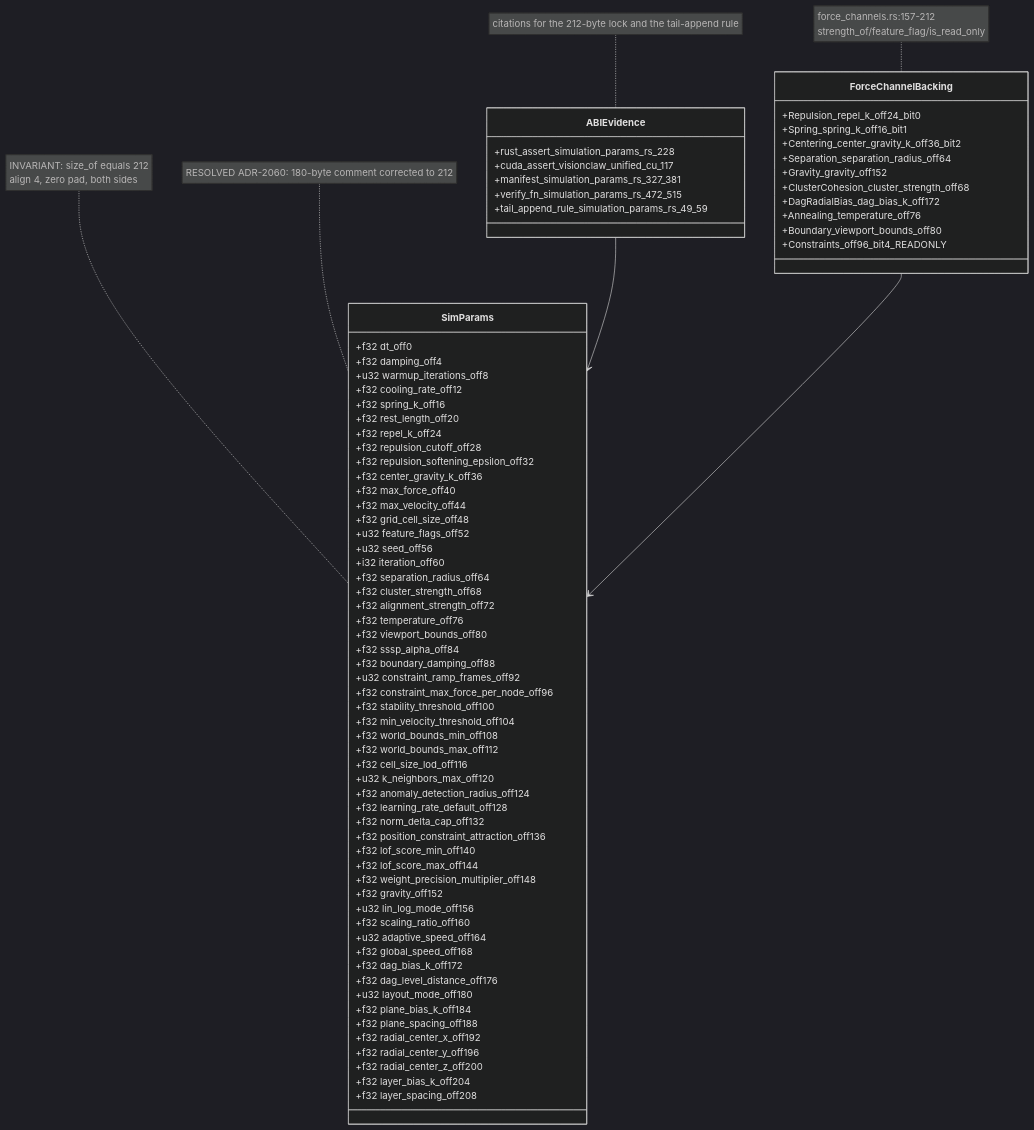
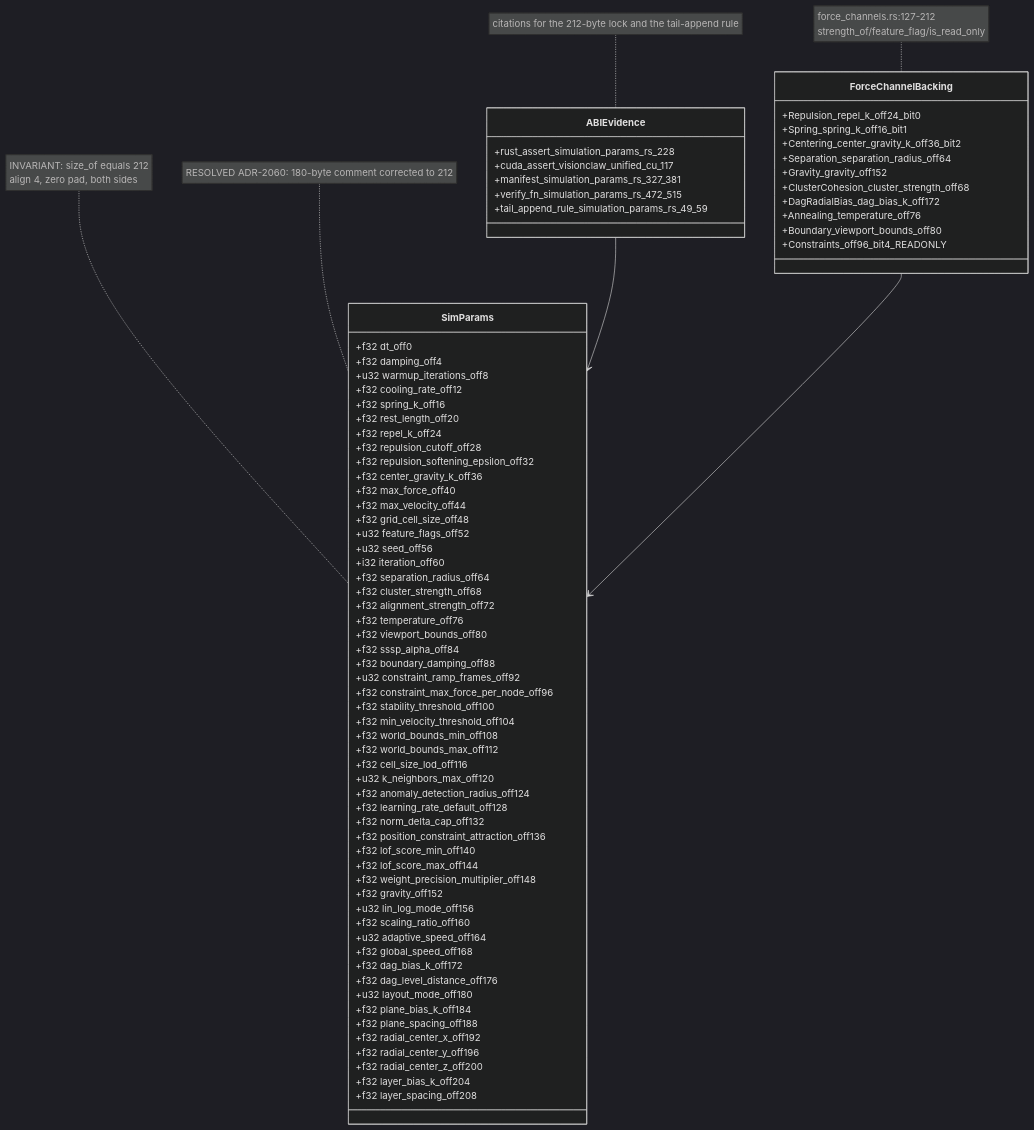
Before and after one commit to DreamLab-AI/VisionFlow: the first of 7 diagrams in docs/diagrams/visionclaw/12-simparams-abi-and-ptx.md, drawn with Mermaid (dark theme). The commit also changed other lines of this file and 94 other files, not shown here.

First line of the commit message:
docs(diagrams): re-verify 130 topics against 2 October HEADs

````diff
--- a/docs/diagrams/visionclaw/12-simparams-abi-and-ptx.md
+++ b/docs/diagrams/visionclaw/12-simparams-abi-and-ptx.md
@@ -106,5 +106,5 @@
     note for SimParams "INVARIANT: size_of equals 212<br/>align 4, zero pad, both sides"
     note for SimParams "RESOLVED ADR-2060: 180-byte comment corrected to 212"
     note for ABIEvidence "citations for the 212-byte lock and the tail-append rule"
-    note for ForceChannelBacking "force_channels.rs:157-212<br/>strength_of/feature_flag/is_read_only"
+    note for ForceChannelBacking "force_channels.rs:127-212<br/>strength_of/feature_flag/is_read_only"
 ```
````
